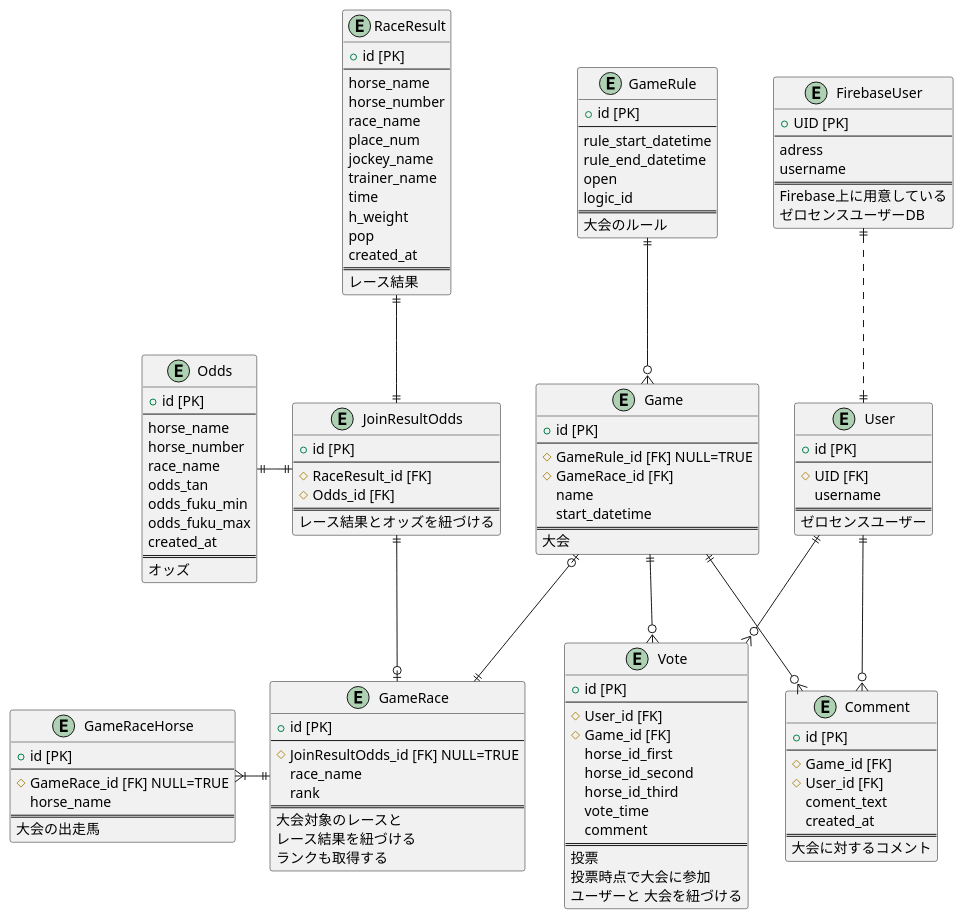
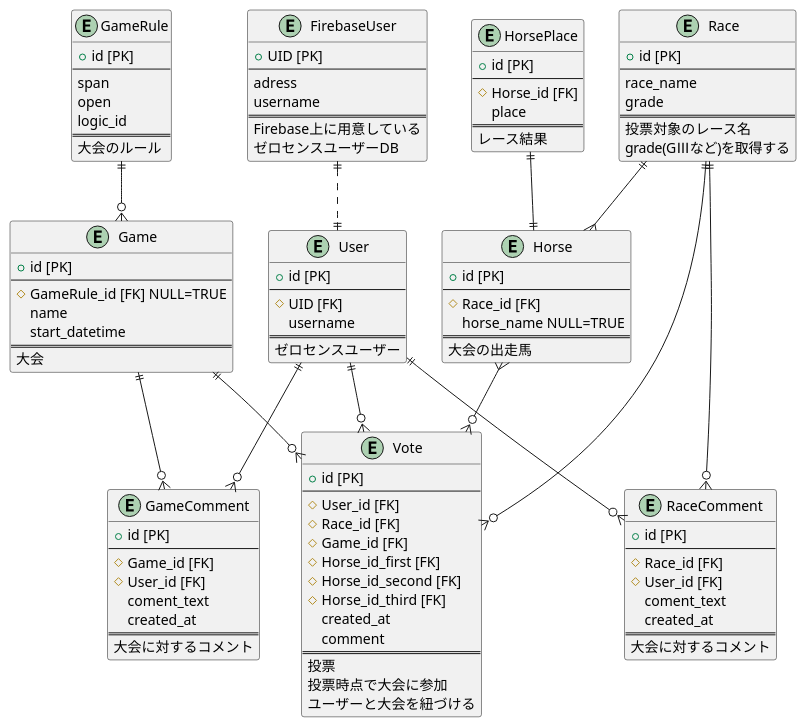
Before and after one commit to Kengo106/zerosense: the diagram in UML/ER.pu, drawn with PlantUML. The commit also changed 26 other files, not shown here.

```diff
--- a/UML/ER.pu
+++ b/UML/ER.pu
@@ -1,144 +1,124 @@
 @startuml ER図
 
-entity "RaceResult" as RaceResult {
+
+entity HorsePlace {
   + id [PK]
   --
-  horse_name
-  horse_number
-  race_name
-  place_num
-  jockey_name
-  trainer_name
-  time
-  h_weight
-  pop
-  created_at
+  # Horse_id [FK]
+  place
   ==
   レース結果
-}
-
-entity "Odds" as Odds {
-  + id [PK]
-  --
-  horse_name
-  horse_number
-  race_name
-  odds_tan
-  odds_fuku_min
-  odds_fuku_max
-  created_at
-  ==
-  オッズ
-}
-
-entity "JoinResultOdds" as JoinResultOdds {
-  + id [PK]
-  --
-  # RaceResult_id [FK]
-  # Odds_id [FK]
-  ==
-  レース結果とオッズを紐づける
 }
 
 entity User {
   + id [PK]
   --
   # UID [FK]
   username
   ==
   ゼロセンスユーザー
 }
 
 entity FirebaseUser {
   + UID [PK]
   --
   adress 
   username
   ==
   Firebase上に用意している
   ゼロセンスユーザーDB
 }
 
 entity Game {
   + id [PK]
   --
   # GameRule_id [FK] NULL=TRUE
-  # GameRace_id [FK]
   name
   start_datetime
   ==
   大会
 }
 
 entity GameRule {
   + id [PK]
   --
-  rule_start_datetime
-  rule_end_datetime
+  span
   open
   logic_id
   ==
   大会のルール
 }
 
 entity Vote {
   + id [PK]
   --
   # User_id [FK]
+  # Race_id [FK]
   # Game_id [FK]
-  horse_id_first
-  horse_id_second
-  horse_id_third
-  vote_time
+  # Horse_id_first [FK]
+  # Horse_id_second [FK]
+  # Horse_id_third [FK]
+  created_at
   comment
   ==
   投票
   投票時点で大会に参加
-  ユーザーと 大会を紐づける
+  ユーザーと大会を紐づける
 }
 
-entity GameRace{
+entity Race{
   + id [PK]
   --
-  # JoinResultOdds_id [FK] NULL=TRUE
   race_name
-  rank
+  grade
   ==
-  大会対象のレースと
-  レース結果を紐づける
-  ランクも取得する  
+  投票対象のレース名
+  grade(GⅢなど)を取得する  
 }
 
-entity GameRaceHorse {
+entity Horse {
   + id [PK]
   --
-  # GameRace_id [FK] NULL=TRUE
-  horse_name
+  # Race_id [FK] 
+  horse_name NULL=TRUE
   ==
   大会の出走馬
 }
 
-entity Comment {
+entity GameComment {
   + id [PK]
   --
   # Game_id [FK]
   # User_id [FK]
   coment_text
   created_at
   ==
   大会に対するコメント
 }
 
-Game |o--|| GameRace
+entity RaceComment {
+  + id [PK]
+  --
+  # Race_id [FK]
+  # User_id [FK]
+  coment_text
+  created_at
+  ==
+  大会に対するコメント
+}
+
+
 User ||--o{ Vote
+Horse }--o{ Vote
+Race ||--o{ Vote
 Game ||--o{ Vote
-GameRace ||-left-|{ GameRaceHorse
-User ||--o{ Comment
-Game ||--o{ Comment
+Race ||--{ Horse
+User ||--o{ GameComment
+Game ||--o{ GameComment
+User ||--o{ RaceComment
+Race ||--o{ RaceComment
 GameRule ||--o{ Game
-RaceResult ||--|| JoinResultOdds
-Odds ||-|| JoinResultOdds
-JoinResultOdds ||--o|GameRace
+HorsePlace ||--|| Horse
 FirebaseUser ||..||User
 
 @enduml
```
